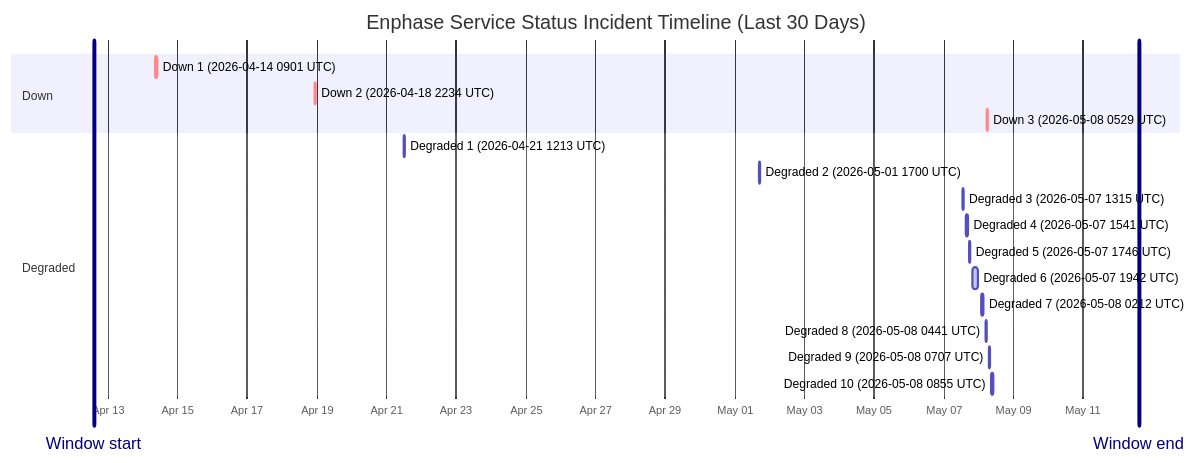
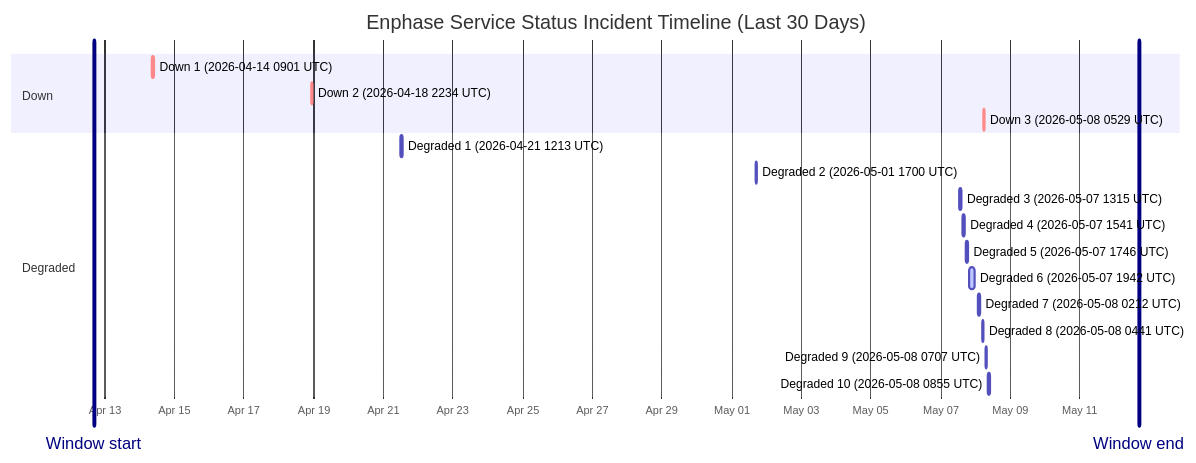
One commit to barneyonline/ha-enphase-ev-charger changed the diagram in wiki/Service-Status-History.md. Above: the diagram before and after it, drawn with Mermaid. The commit also changed other lines of this file and 3 other files, not shown here.

````diff
--- a/wiki/Service-Status-History.md
+++ b/wiki/Service-Status-History.md
@@ -14,23 +14,23 @@
 ```mermaid
 gantt
     title Enphase Service Status Incident Timeline (Last 30 Days)
     dateFormat  YYYY-MM-DDTHH:mm:ss
     axisFormat  %b %d
-    Window start :vert, window-start, 2026-04-12T14:23:25, 0ms
-    Window end :vert, window-end, 2026-05-12T14:23:25, 0ms
+    Window start :vert, window-start, 2026-04-12T16:37:01, 0ms
+    Window end :vert, window-end, 2026-05-12T16:37:01, 0ms
     section Down
     Down 1 (2026-04-14 0901 UTC) :crit, down-1, 2026-04-14T09:01:13, 60m
     Down 2 (2026-04-18 2234 UTC) :crit, down-2, 2026-04-18T22:34:13, 60m
     Down 3 (2026-05-08 0529 UTC) :crit, down-3, 2026-05-08T05:29:47, 60m
     section Degraded
     Degraded 1 (2026-04-21 1213 UTC) :active, degraded-1, 2026-04-21T12:13:11, 60m
     Degraded 2 (2026-05-01 1700 UTC) :active, degraded-2, 2026-05-01T17:00:22, 60m
     Degraded 3 (2026-05-07 1315 UTC) :active, degraded-3, 2026-05-07T13:15:25, 60m
     Degraded 4 (2026-05-07 1541 UTC) :active, degraded-4, 2026-05-07T15:41:58, 60m
     Degraded 5 (2026-05-07 1746 UTC) :active, degraded-5, 2026-05-07T17:46:51, 60m
     Degraded 6 (2026-05-07 1942 UTC) :active, degraded-6, 2026-05-07T19:42:10, 249m
     Degraded 7 (2026-05-08 0212 UTC) :active, degraded-7, 2026-05-08T02:12:39, 60m
     Degraded 8 (2026-05-08 0441 UTC) :active, degraded-8, 2026-05-08T04:41:46, 60m
     Degraded 9 (2026-05-08 0707 UTC) :active, degraded-9, 2026-05-08T07:07:30, 60m
     Degraded 10 (2026-05-08 0855 UTC) :active, degraded-10, 2026-05-08T08:55:20, 88m
 ```
````
